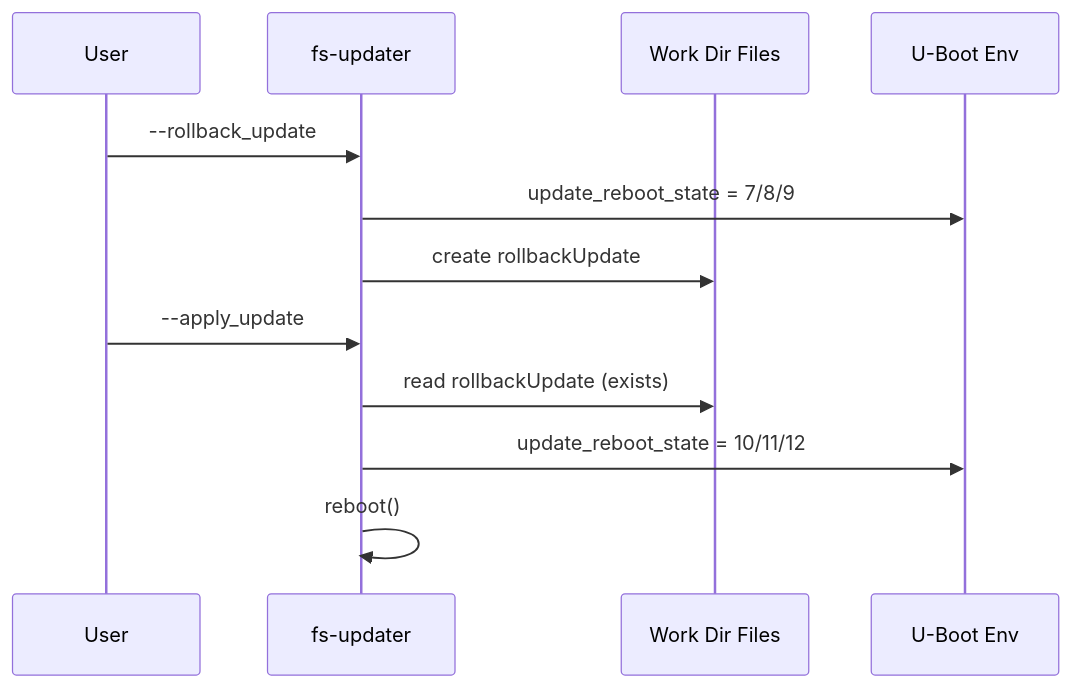
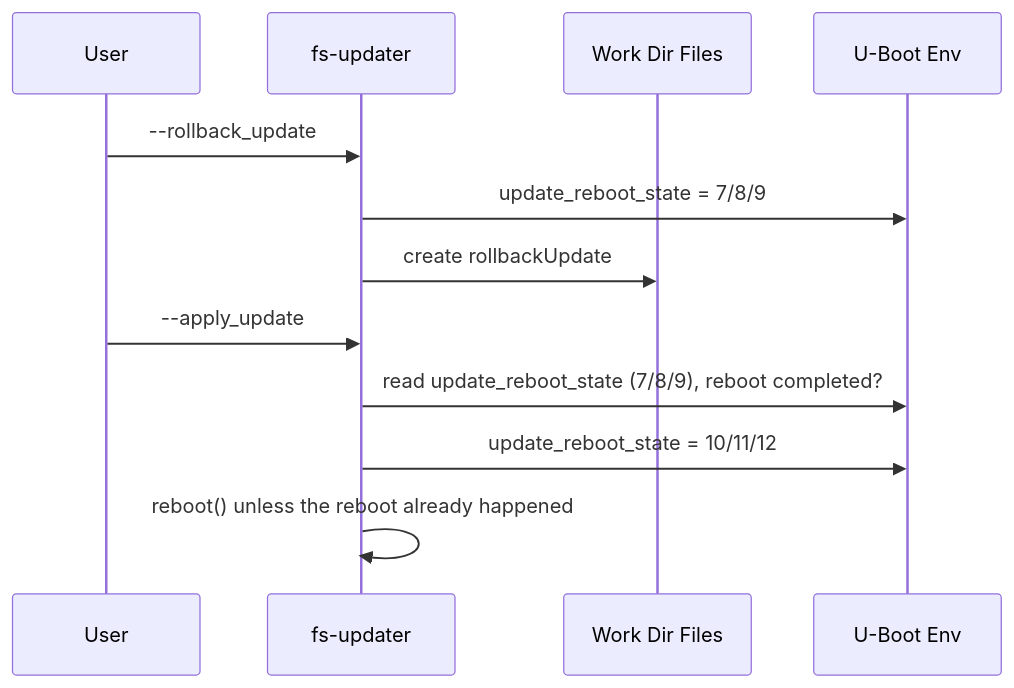
The third of 3 diagrams in docs/integration/signal-files.md (FSEmbedded/fs-updater-cli), drawn with Mermaid before and after one commit. The commit also changed other lines of this file and 3 other files, not shown here.

````diff
--- a/docs/integration/signal-files.md
+++ b/docs/integration/signal-files.md
@@ -78,16 +78,16 @@
 ```mermaid
 sequenceDiagram
     participant User
     participant CLI as fs-updater
     participant FS as Work Dir Files
     participant UB as U-Boot Env
 
     User->>CLI: --rollback_update
     CLI->>UB: update_reboot_state = 7/8/9
     CLI->>FS: create rollbackUpdate
 
     User->>CLI: --apply_update
-    CLI->>FS: read rollbackUpdate (exists)
+    CLI->>UB: read update_reboot_state (7/8/9), reboot completed?
     CLI->>UB: update_reboot_state = 10/11/12
-    CLI->>CLI: reboot()
+    CLI->>CLI: reboot() unless the reboot already happened
 ```
````
